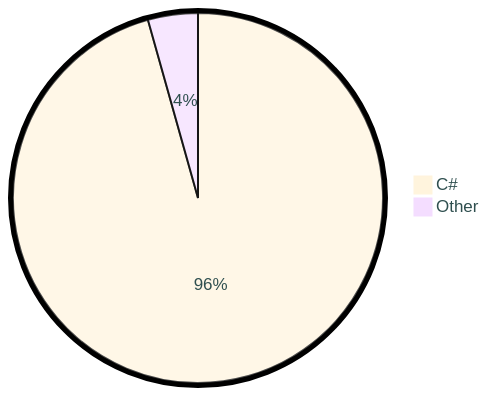
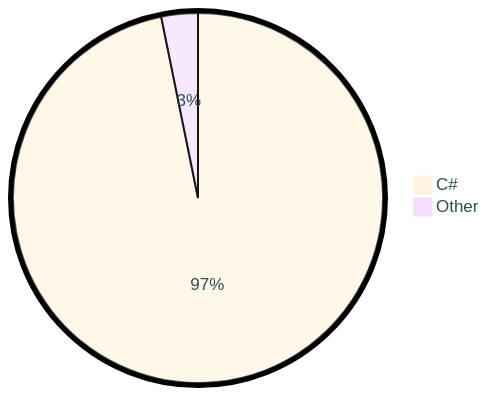
The diagram in README.md (tot0p/tot0p), drawn with Mermaid before and after one commit. The commit also changed other lines of this file, not shown here.

````diff
--- a/README.md
+++ b/README.md
@@ -69,6 +69,6 @@
 ```mermaid
 %%{init: {"pie": {"textPosition": 0.5}, "themeVariables": {"pieOuterStrokeWidth": "5px","primaryTextColor" : "#2F4F4F"},"theme":"base"} }%%
 pie
-	"C#": 95.64
-	"Other": 4.36
+	"C#": 96.81
+	"Other": 3.19
 ```
````
